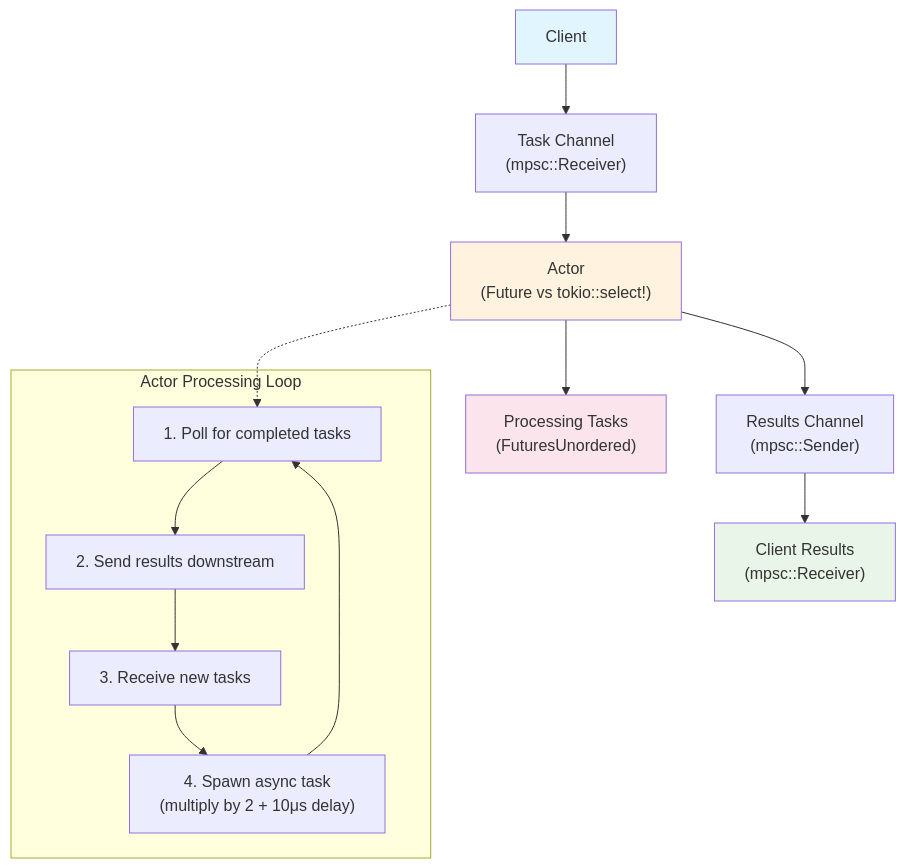
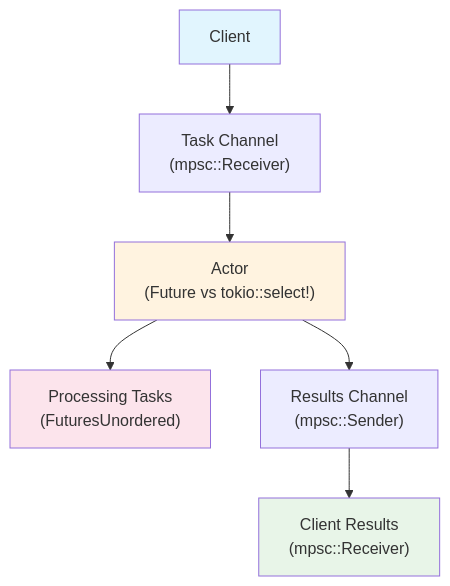
The diagram in src/_01/README.md (chainbound/async-rust-benchmarks), drawn with Mermaid before and after one commit.

````diff
--- a/src/_01/README.md
+++ b/src/_01/README.md
@@ -5,22 +5,13 @@
 ```mermaid
 graph TD
     A["Client"] --> B["Task Channel<br/>(mpsc::Receiver)"]
     B --> C["Actor<br/>(Future vs tokio::select!)"]
     C --> D["Processing Tasks<br/>(FuturesUnordered)"]
     C --> E["Results Channel<br/>(mpsc::Sender)"]
     E --> F["Client Results<br/>(mpsc::Receiver)"]
     
-    subgraph "Actor Processing Loop"
-        C1["1. Poll for completed tasks"] --> C2["2. Send results downstream"]
-        C2 --> C3["3. Receive new tasks"]
-        C3 --> C4["4. Spawn async task<br/>(multiply by 2 + 10μs delay)"]
-        C4 --> C1
-    end
-    
-    C -.-> C1
-    
     style A fill:#e1f5fe
     style F fill:#e8f5e8
     style C fill:#fff3e0
     style D fill:#fce4ec
 ```
````
